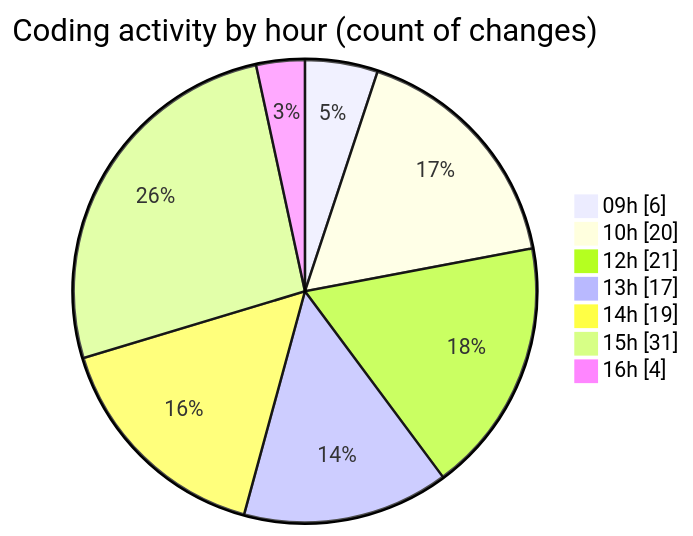
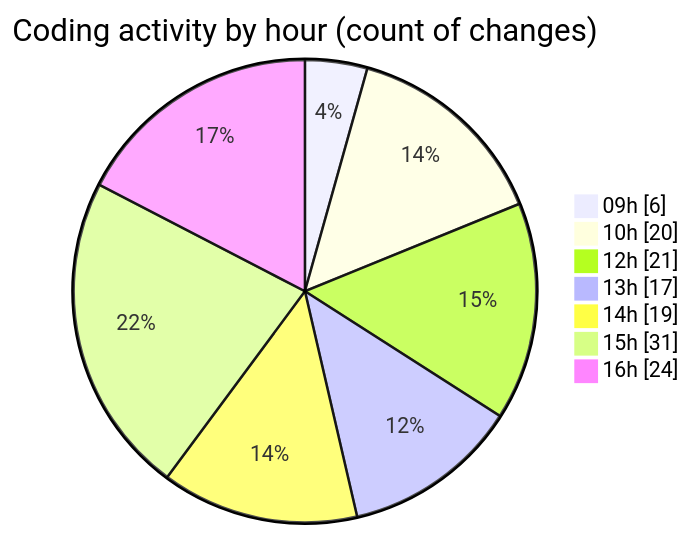
The second of 2 diagrams in 2026-02-18/bot_v1_2/README.md (becaeroporto-bot/code-tracking), drawn with Mermaid before and after one commit. The commit also changed other lines of this file and 1 other file, not shown here.

````diff
--- a/2026-02-18/bot_v1_2/README.md
+++ b/2026-02-18/bot_v1_2/README.md
@@ -56,11 +56,11 @@
 ```mermaid
 pie showData
 title Coding activity by hour (count of changes)
 "09h" : 6
 "10h" : 20
 "12h" : 21
 "13h" : 17
 "14h" : 19
 "15h" : 31
-"16h" : 4
+"16h" : 24
 ```
````
